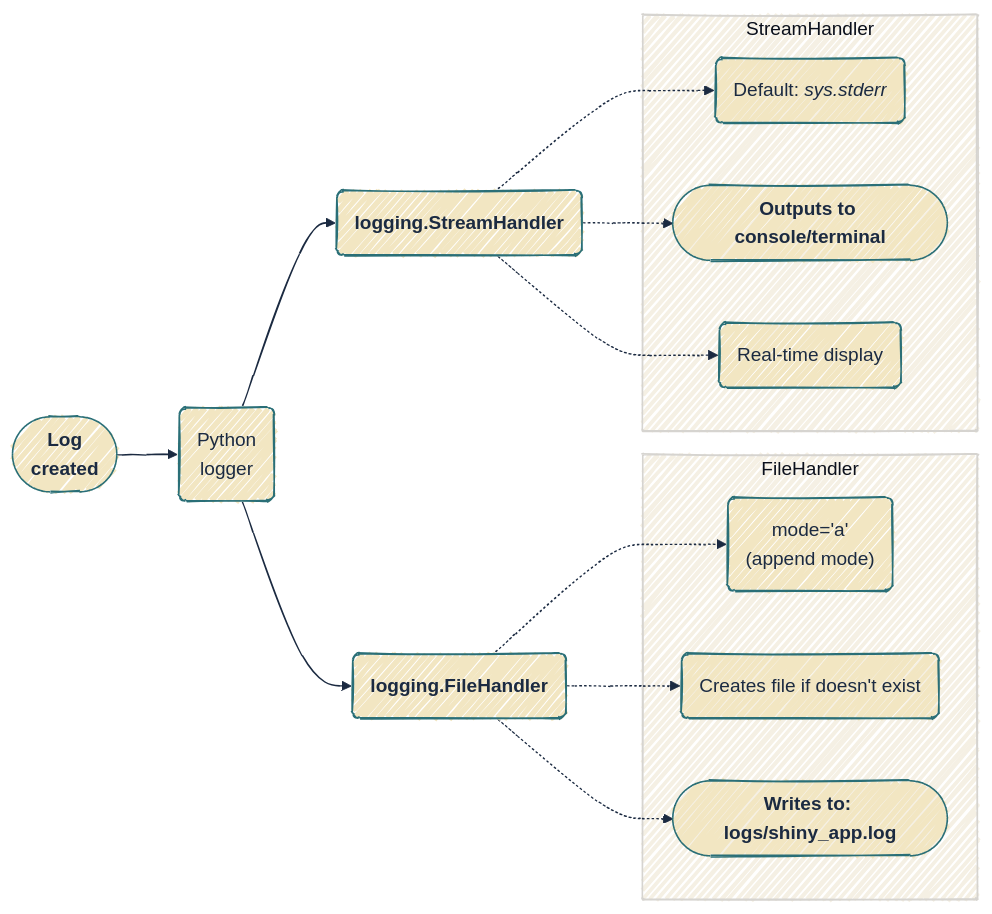
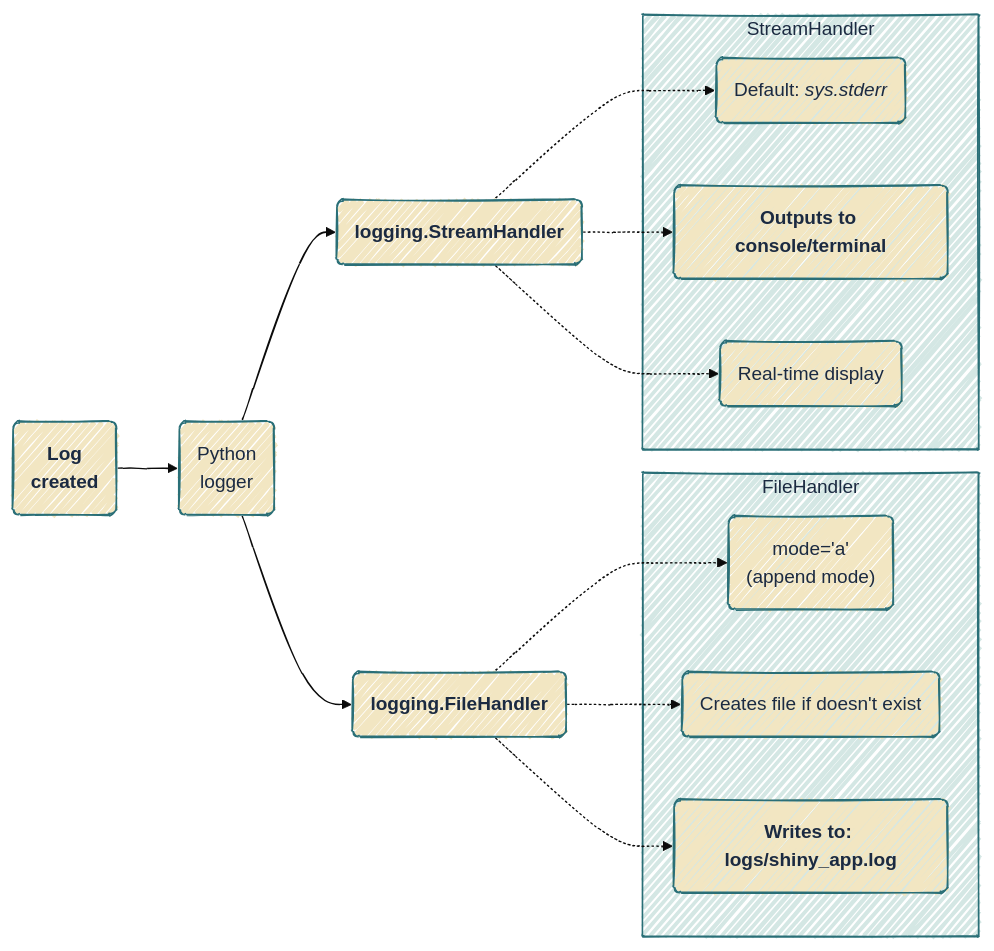
One commit to mjfrigaard/do4ds-labs changed the second of 15 diagrams in app-log-py.qmd. Above: the diagram before and after it, drawn with Mermaid. The commit also changed other lines of this file and 37 other files, not shown here.

Commit message:
updates to mermaid

````diff
--- a/app-log-py.qmd
+++ b/app-log-py.qmd
@@ -137,29 +142,32 @@
 ```{mermaid}
 %%| fig-cap: 'Python logging'
 %%| fig-width: 7.0
 %%| fig-align: center
-%%{init: {'theme': 'base', 'look': 'handDrawn', 'themeVariables': { 'fontFamily': 'monospace', 'primaryColor': '#F2E6C2', 'primaryBorderColor': '#2A6F77', 'primaryTextColor': '#1B2A41', 'secondaryColor': '#d4e7e4', 'tertiaryColor': '#f5f0e4', 'lineColor': '#1B2A41', 'edgeLabelBackground': '#F2E6C2'}}}%%
+%%{init: {'theme': 'base', 'look': 'handDrawn', 'themeVariables': {'fontFamily': 'monospace'}}}%%
 
 graph LR
-    LogMessage(["<strong>Log<br>created</strong>"]) --> Logger("Python<br>logger")
+    LogMessage("<strong>Log<br>created</strong>") --> Logger("Python<br>logger")
     Logger --> FileHandler("<strong>logging.FileHandler</strong>")
     Logger --> ConsoleHandler("<strong>logging.StreamHandler</strong>")
     
     subgraph FH["FileHandler"]
         FH1("mode='a'<br>(append mode)")
         FH2("Creates file if doesn't exist")
-        FH3(["<strong>Writes to: logs/shiny_app.log</strong>"])
+        FH3("<strong>Writes to: logs/shiny_app.log</strong>")
     end
 
     FileHandler -.-> FH1 & FH2 & FH3
     
     subgraph SH["StreamHandler"]
         SH1("Default: <em>sys.stderr</em>")
-        SH2(["<strong>Outputs to console/terminal</strong>"])
+        SH2("<strong>Outputs to console/terminal</strong>")
         SH3("Real-time display")
     end
 
     ConsoleHandler -.-> SH1 & SH2 & SH3
+    classDef default fill:#F2E6C2,stroke:#2A6F77,color:#1B2A41
+    style FH fill:#d4e7e4,stroke:#2A6F77,color:#1B2A41
+    style SH fill:#d4e7e4,stroke:#2A6F77,color:#1B2A41
 
     
 ```
````
